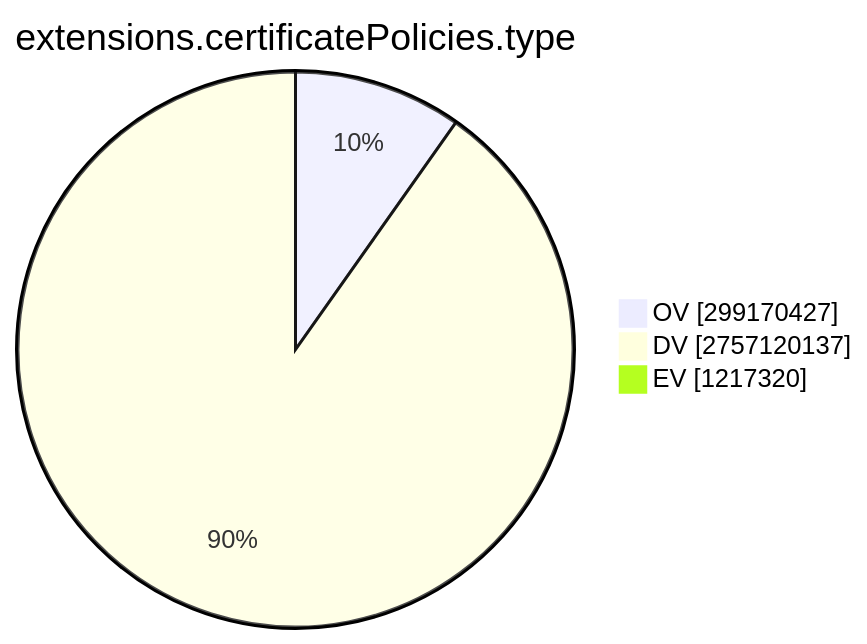
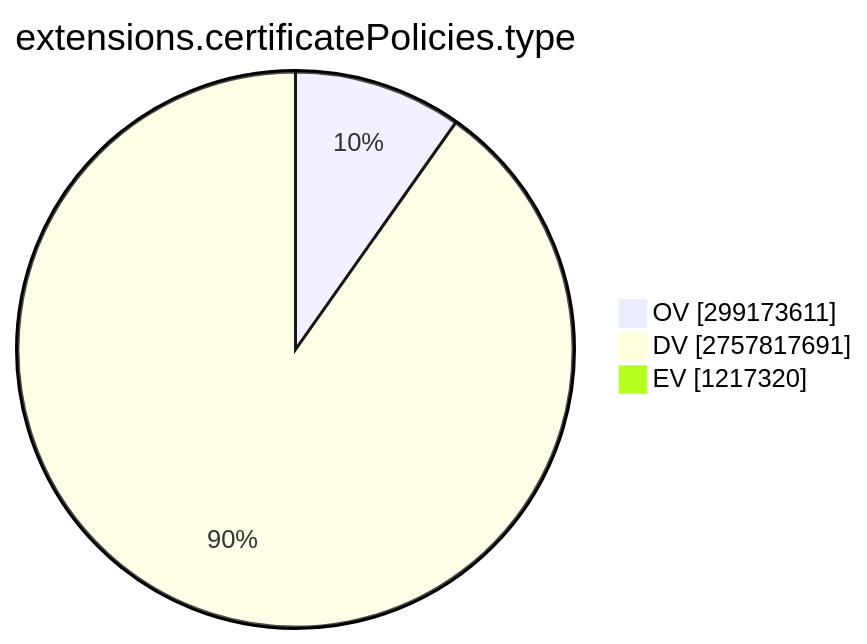
Before and after one commit to christiankrug/ctmonitor_visualization: the ninth of 15 diagrams in TOTAL/README.md, drawn with Mermaid. The commit also changed other lines of this file, not shown here.

````diff
--- a/TOTAL/README.md
+++ b/TOTAL/README.md
@@ -3101,7 +3101,7 @@
 ```mermaid
 pie showData
 title extensions.certificatePolicies.type
-"OV" :299170427
-"DV" :2757120137
+"OV" :299173611
+"DV" :2757817691
 "EV" :1217320
 ```
````
